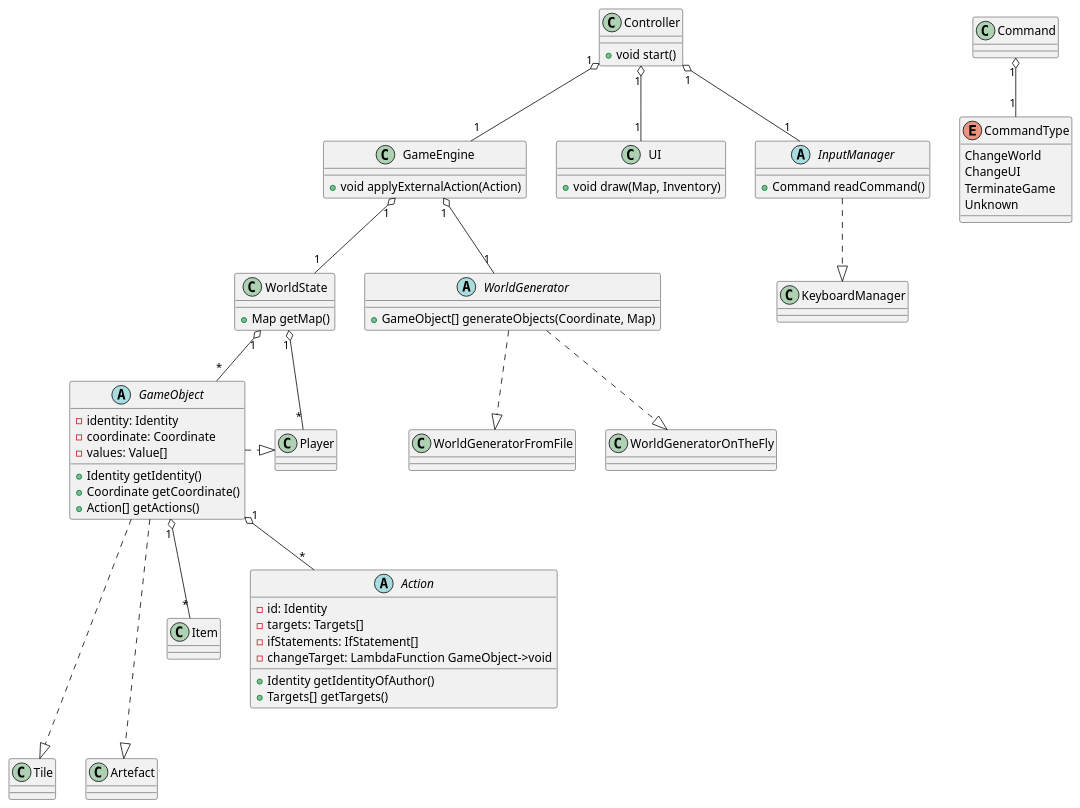
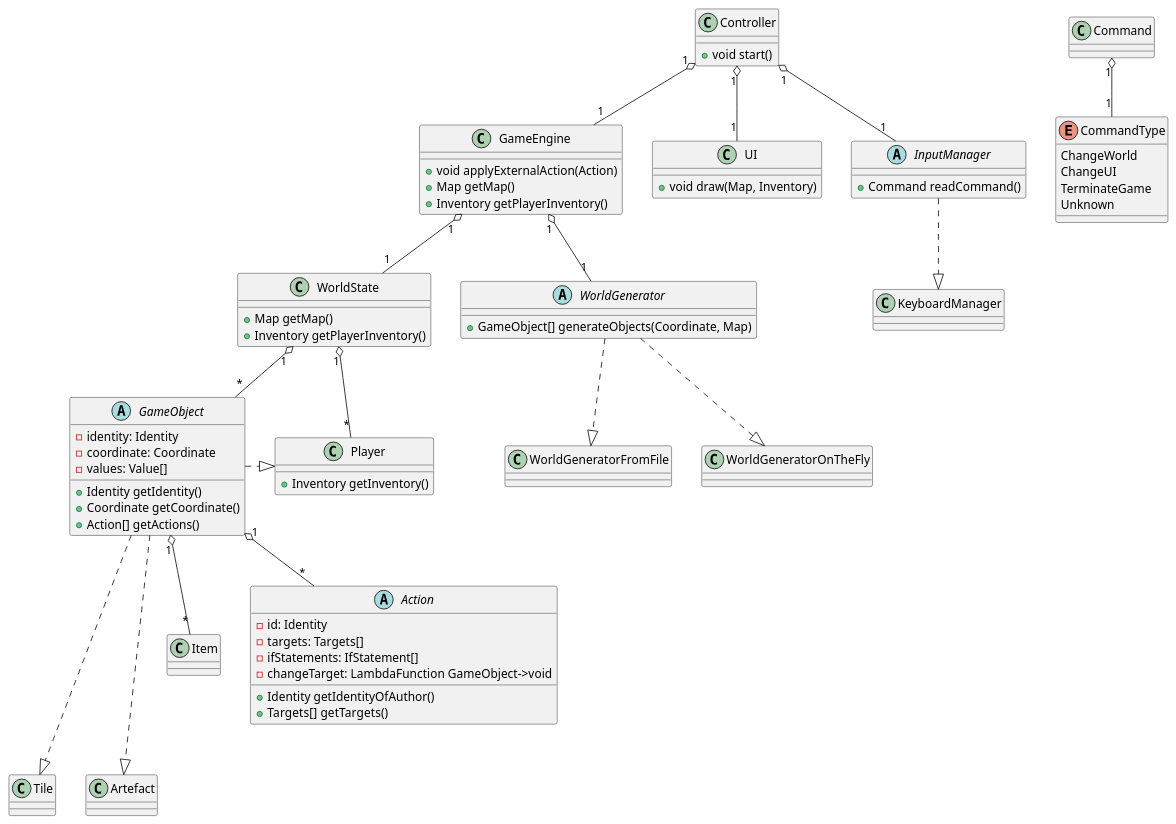
One commit to ruthenium96/roguelike changed the diagram in architecture/class.puml. Above: the diagram before and after it, drawn with PlantUML.

Commit message:
getPlayerInventory(), getMap()

```diff
--- a/architecture/class.puml
+++ b/architecture/class.puml
@@ -1,97 +1,102 @@
 @startuml
 'https://plantuml.com/class-diagram
 
 class Controller {
 + void start()
 }
 
 Controller "1" o-- "1" GameEngine
 Controller "1" o-- "1" UI
 Controller "1" o-- "1" InputManager
 
 'INPUT SECTION:
 abstract InputManager {
 +Command readCommand()
 }
 
 InputManager -.|> KeyboardManager
 
 class Command {
 }
 
 Command "1" o-- "1" CommandType
 
 enum CommandType {
 ChangeWorld
 ChangeUI
 TerminateGame
 Unknown
 }
 
 'UI SECTION:
 
 class UI {
 +void draw(Map, Inventory)
 }
 
 'WORLD LOGIC SECTION
 
 class GameEngine {
 + void applyExternalAction(Action)
++ Map getMap()
++ Inventory getPlayerInventory()
 }
 
 GameEngine "1" o-- "1" WorldState
 GameEngine "1" o-- "1" WorldGenerator
 
 abstract WorldGenerator {
 + GameObject[] generateObjects(Coordinate, Map)
 }
 
 WorldGenerator -.|> WorldGeneratorFromFile
 WorldGenerator -.|> WorldGeneratorOnTheFly
 
 class WorldState {
-+Map getMap()
++ Map getMap()
++ Inventory getPlayerInventory()
 }
 
 WorldState "1" o-- "*" GameObject
 WorldState "1" o-- "*" Player
 
 'Object is something with Coordinate, Item[], Action[]
 abstract class GameObject {
 - identity: Identity
 + Identity getIdentity()
 - coordinate: Coordinate
 + Coordinate getCoordinate()
 + Action[] getActions()
 - values: Value[]
 }
 
 'Player is self-explaining
-class Player
+class Player {
++Inventory getInventory()
+}
 'Tile is something like floor, each coordinate has to have one Tile
 class Tile
 'Artefact is something able to hold Item (like chest or just item).
 'It is required because Item is not GameObject.
 class Artefact
 
 GameObject --.|> Tile
 GameObject .|> Player
 GameObject --.|> Artefact
 
 'Item is self-explaining
 class Item
 'Action is attempt of GameObject to change the World (including itself)
 abstract class Action {
 - id: Identity
 + Identity getIdentityOfAuthor()
 - targets: Targets[]
 + Targets[] getTargets()
 - ifStatements: IfStatement[]
 - changeTarget: LambdaFunction GameObject->void
 }
 
 GameObject "1" o-- "*" Item
 GameObject "1" o-- "*" Action
 
 @enduml
```
